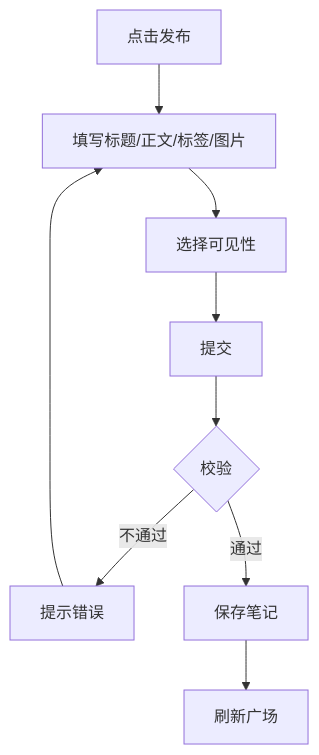
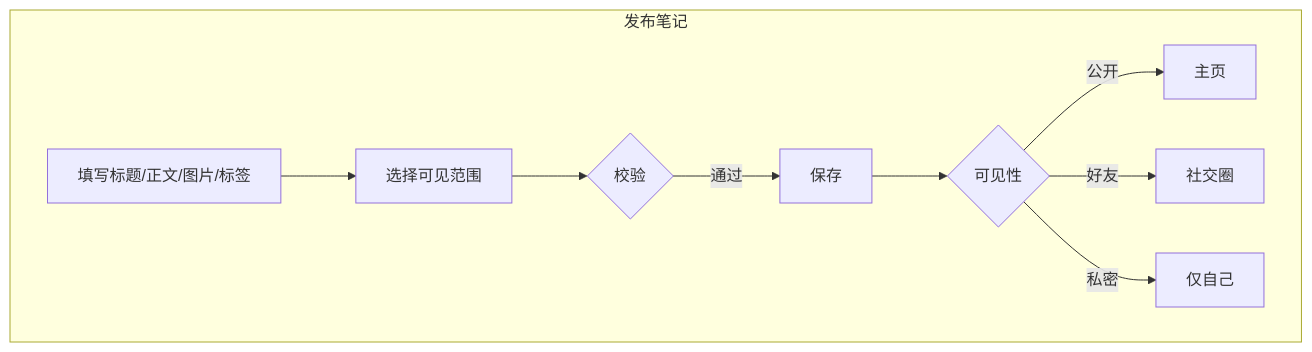
One commit to oliviawxx/whucircle changed the fourth of 10 diagrams in WHU_Circle_需求建模文档.md. Above: the diagram before and after it, drawn with Mermaid. The commit also changed other lines of this file and 16 other files, not shown here.

````diff
--- a/WHU_Circle_需求建模文档.md
+++ b/WHU_Circle_需求建模文档.md
@@ -215,11 +64,12 @@
 ```mermaid
 flowchart TD
-    A["点击发布"] --> B["填写标题/正文/标签/图片"]
-    B --> C["选择可见性"]
-    C --> D["提交"]
-    D --> E{"校验"}
-    E -->|"不通过"| F["提示错误"]
-    F --> B
-    E -->|"通过"| G["保存笔记"]
-    G --> H["刷新广场"]
+    subgraph 发布笔记
+        B1["填写标题/正文/图片/标签"] --> B2["选择可见范围"]
+        B2 --> B3{"校验"}
+        B3 -->|通过| B4["保存"]
+        B4 --> B5{"可见性"}
+        B5 -->|公开| B6["主页"]
+        B5 -->|好友| B7["社交圈"]
+        B5 -->|私密| B8["仅自己"]
+    end
 ```
````
